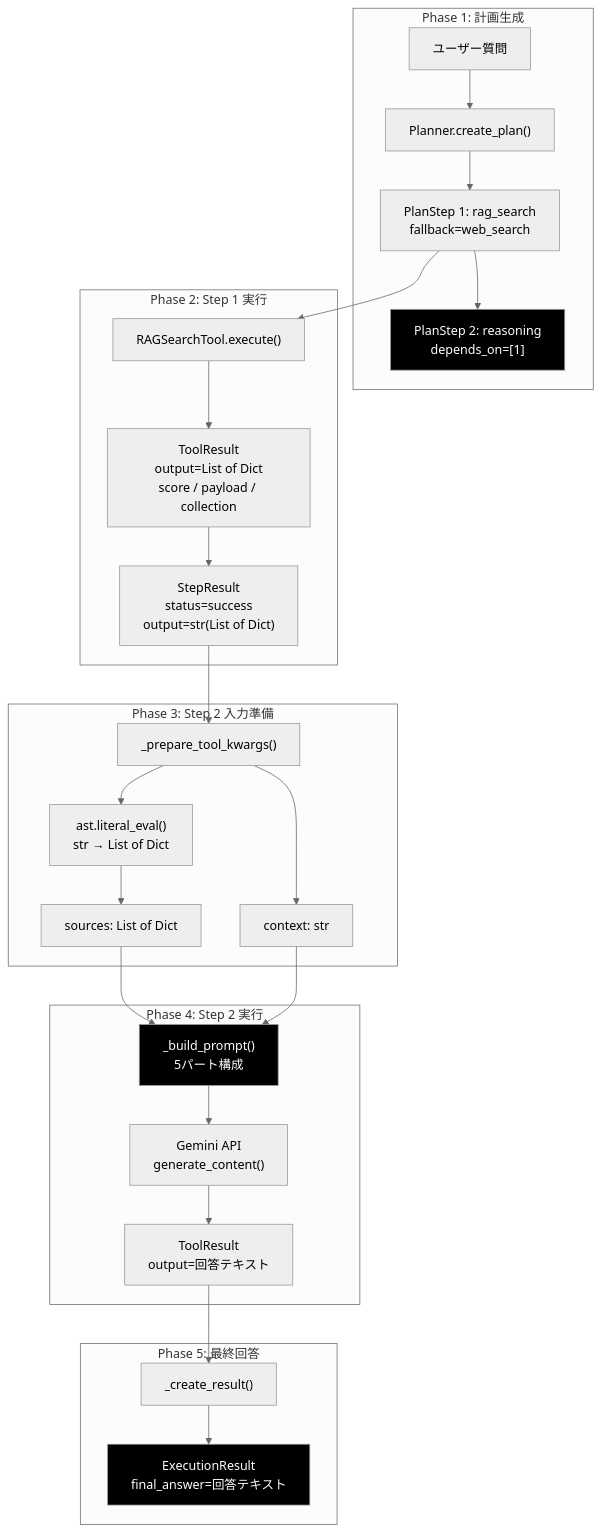
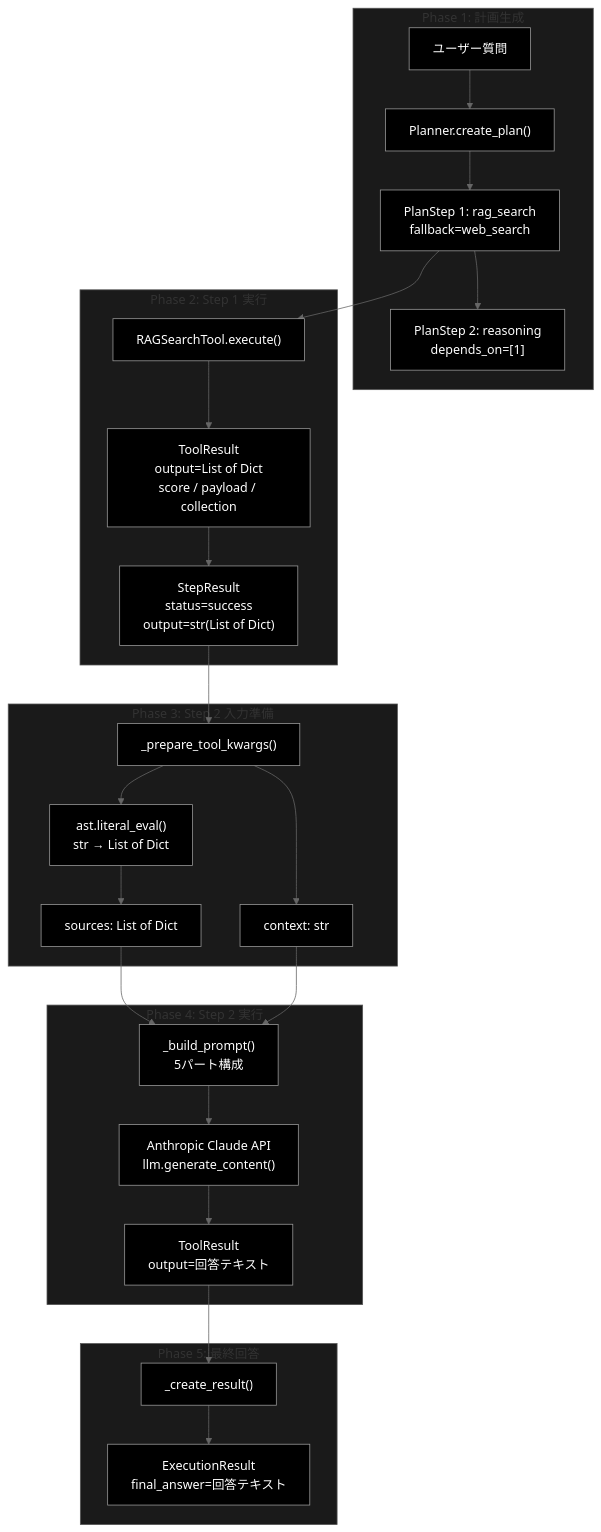
One commit to nakashima2toshio/anthropic_grace_agent changed the fifth of 6 diagrams in grace/doc/reasoning.md. Above: the diagram before and after it, drawn with Mermaid (neutral theme). The commit also changed other lines of this file and 18 other files, not shown here.

````diff
--- a/grace/doc/reasoning.md
+++ b/grace/doc/reasoning.md
@@ -679,47 +725,65 @@
 ```mermaid
 flowchart TB
     subgraph PHASE1["Phase 1: 計画生成"]
         Q["ユーザー質問"]
         PLAN["Planner.create_plan()"]
         S1["PlanStep 1: rag_search<br>fallback=web_search"]
         S2["PlanStep 2: reasoning<br>depends_on=[1]"]
     end
 
     subgraph PHASE2["Phase 2: Step 1 実行"]
         RAG["RAGSearchTool.execute()"]
         RAG_OUT["ToolResult<br>output=List of Dict<br>score / payload / collection"]
         SR["StepResult<br>status=success<br>output=str(List of Dict)"]
     end
 
     subgraph PHASE3["Phase 3: Step 2 入力準備"]
         PREP2["_prepare_tool_kwargs()"]
         PARSE["ast.literal_eval()<br>str → List of Dict"]
         SOURCES["sources: List of Dict"]
         CONTEXT["context: str"]
     end
 
     subgraph PHASE4["Phase 4: Step 2 実行"]
         BUILD2["_build_prompt()<br>5パート構成"]
-        GEMINI2["Gemini API<br>generate_content()"]
+        ANTHROPIC2["Anthropic Claude API<br>llm.generate_content()"]
         ANS2["ToolResult<br>output=回答テキスト"]
     end
 
     subgraph PHASE5["Phase 5: 最終回答"]
         CREATE["_create_result()"]
         FINAL2["ExecutionResult<br>final_answer=回答テキスト"]
     end
 
     Q --> PLAN --> S1 --> S2
     S1 --> RAG --> RAG_OUT --> SR
     SR --> PREP2
     PREP2 --> PARSE --> SOURCES
     PREP2 --> CONTEXT
     SOURCES --> BUILD2
     CONTEXT --> BUILD2
-    BUILD2 --> GEMINI2 --> ANS2
+    BUILD2 --> ANTHROPIC2 --> ANS2
     ANS2 --> CREATE --> FINAL2
 
+    style Q fill:#000,color:#fff
+    style PLAN fill:#000,color:#fff
+    style S1 fill:#000,color:#fff
     style S2 fill:#000,color:#fff
+    style RAG fill:#000,color:#fff
+    style RAG_OUT fill:#000,color:#fff
+    style SR fill:#000,color:#fff
+    style PREP2 fill:#000,color:#fff
+    style PARSE fill:#000,color:#fff
+    style SOURCES fill:#000,color:#fff
+    style CONTEXT fill:#000,color:#fff
     style BUILD2 fill:#000,color:#fff
+    style ANTHROPIC2 fill:#000,color:#fff
+    style ANS2 fill:#000,color:#fff
+    style CREATE fill:#000,color:#fff
     style FINAL2 fill:#000,color:#fff
+    style PHASE1 fill:#1a1a1a,stroke:#555
+    style PHASE2 fill:#1a1a1a,stroke:#555
+    style PHASE3 fill:#1a1a1a,stroke:#555
+    style PHASE4 fill:#1a1a1a,stroke:#555
+    style PHASE5 fill:#1a1a1a,stroke:#555
 ```
````
